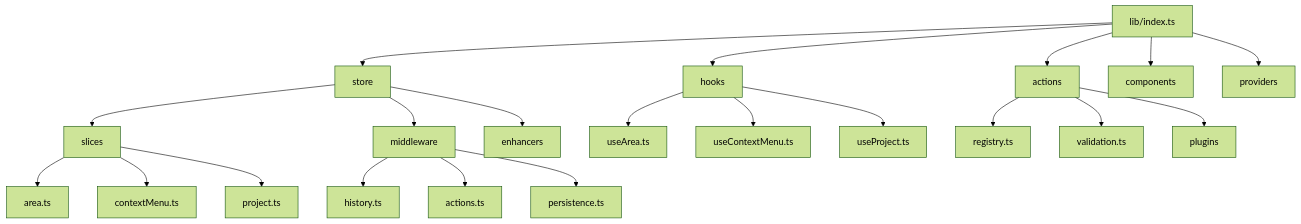
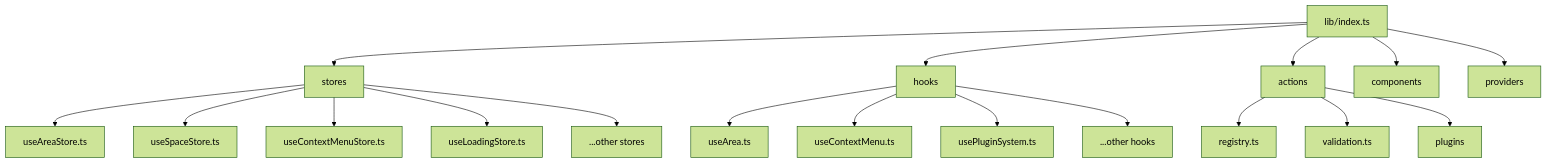
One commit to yannloosli/karmyc changed the first of 5 diagrams in docs/architecture/architecture.md. Above: the diagram before and after it, drawn with Mermaid (forest theme). The commit also changed other lines of this file and 103 other files, not shown here.

````diff
--- a/docs/architecture/architecture.md
+++ b/docs/architecture/architecture.md
@@ -9,28 +9,23 @@
 ```mermaid
 graph TD
-    A[lib/index.ts] --> B[store]
+    A[lib/index.ts] --> B[stores]
     A --> C[hooks]
     A --> D[actions]
     A --> E[components]
     A --> F[providers]
     
-    B --> G[slices]
-    B --> H[middleware]
-    B --> I[enhancers]
-    
-    G --> J[area.ts]
-    G --> K[contextMenu.ts]
-    G --> L[project.ts]
-    
-    H --> M[history.ts]
-    H --> N[actions.ts]
-    H --> O[persistence.ts]
+    B --> G[useAreaStore.ts]
+    B --> H[useSpaceStore.ts]
+    B --> K[useContextMenuStore.ts]
+    B --> M[useLoadingStore.ts]
+    B --> Z[...other stores]
     
     C --> P[useArea.ts]
     C --> Q[useContextMenu.ts]
-    C --> R[useProject.ts]
+    C --> R[usePluginSystem.ts]
+    C --> Y[...other hooks]
     
     D --> S[registry.ts]
     D --> T[validation.ts]
     D --> U[plugins]
 ```
````
